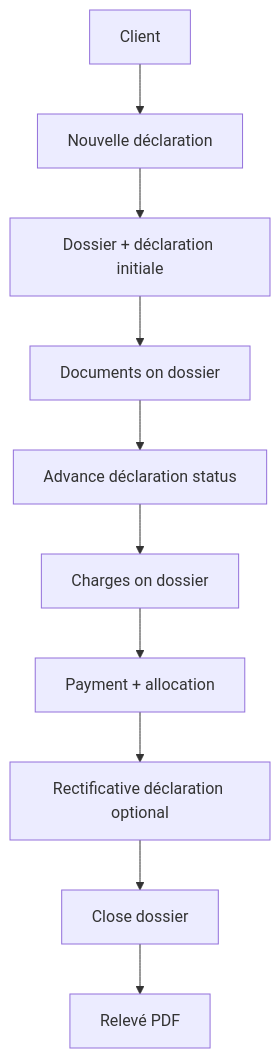
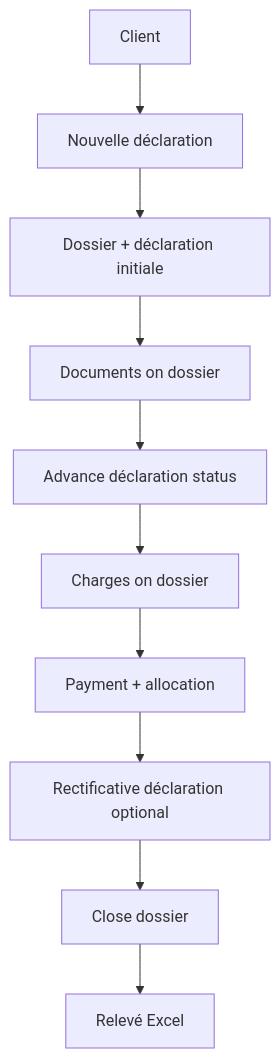
The diagram in docs/11-user-flows.md (aliouuuw/naredis), drawn with Mermaid before and after one commit. The commit also changed other lines of this file and 36 other files, not shown here.

````diff
--- a/docs/11-user-flows.md
+++ b/docs/11-user-flows.md
@@ -161,12 +161,12 @@
 ```mermaid
 flowchart TD
   A[Client] --> B[Nouvelle déclaration]
   B --> C[Dossier + déclaration initiale]
   C --> D[Documents on dossier]
   D --> E[Advance déclaration status]
   E --> F[Charges on dossier]
   F --> G[Payment + allocation]
   G --> H[Rectificative déclaration optional]
   H --> I[Close dossier]
-  I --> J[Relevé PDF]
+  I --> J[Relevé Excel]
 ```
````
